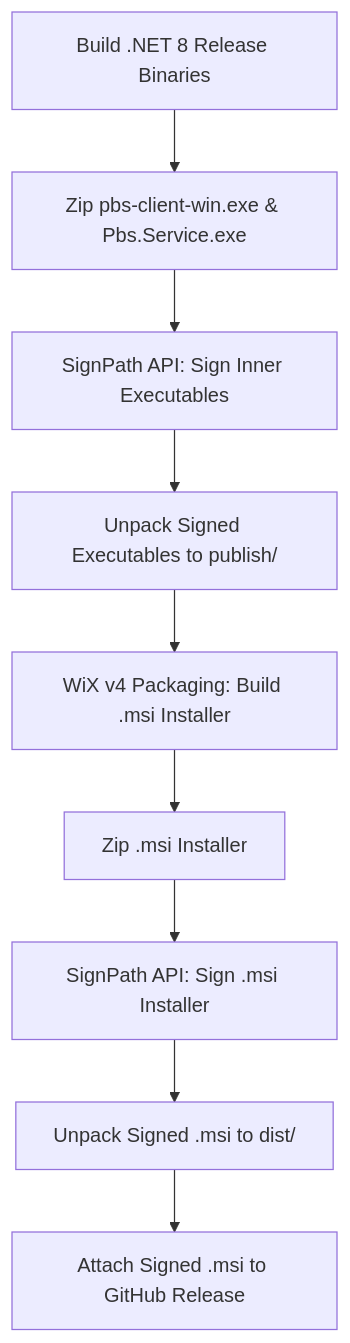
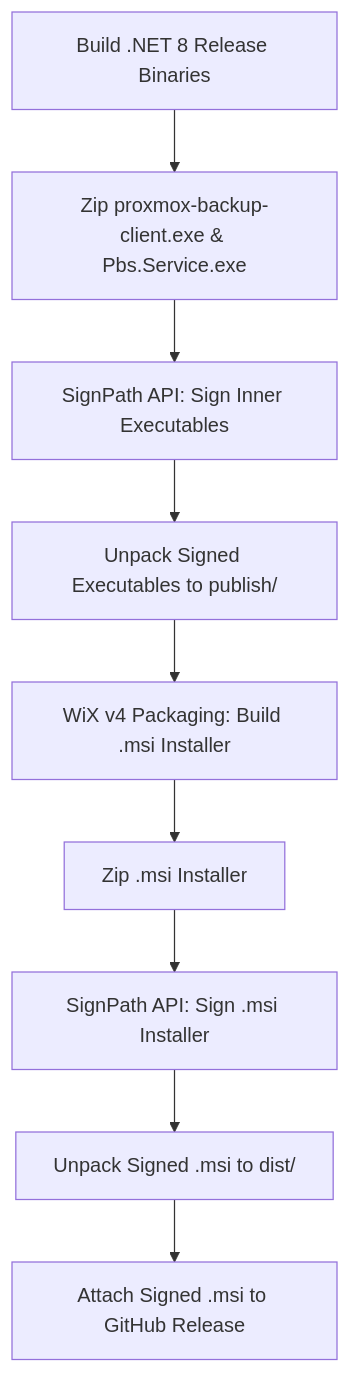
Before and after one commit to ciroiriarte/pbs-client-win: the diagram in docs/SIGNING.md, drawn with Mermaid. The commit also changed other lines of this file and 11 other files, not shown here.

First line of the commit message:
rename CLI binary to proxmox-backup-client (upstream parity)

````diff
--- a/docs/SIGNING.md
+++ b/docs/SIGNING.md
@@ -59,11 +59,11 @@
 ```mermaid
 graph TD
-    A[Build .NET 8 Release Binaries] --> B[Zip pbs-client-win.exe & Pbs.Service.exe]
+    A[Build .NET 8 Release Binaries] --> B[Zip proxmox-backup-client.exe & Pbs.Service.exe]
     B --> C[SignPath API: Sign Inner Executables]
     C --> D[Unpack Signed Executables to publish/]
     D --> E[WiX v4 Packaging: Build .msi Installer]
     E --> F[Zip .msi Installer]
     F --> G[SignPath API: Sign .msi Installer]
     G --> H[Unpack Signed .msi to dist/]
     H --> I[Attach Signed .msi to GitHub Release]
 ```
````
